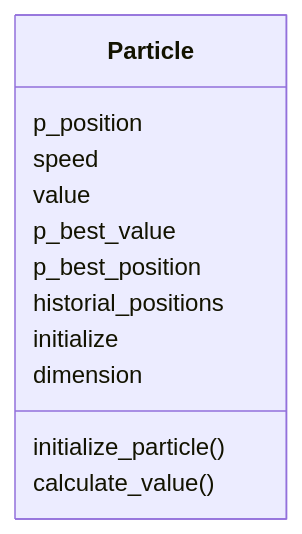
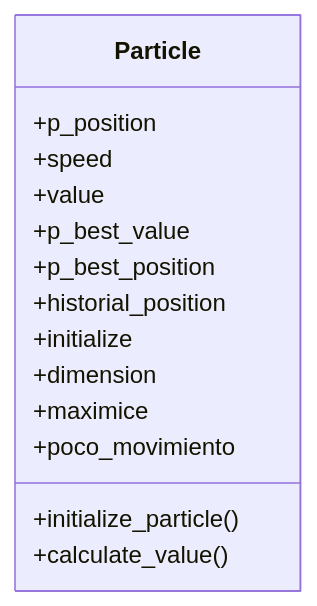
Before and after one commit to JavierGONL/PSO: the first of 4 diagrams in README.md, drawn with Mermaid. The commit also changed other lines of this file, not shown here.

````diff
--- a/README.md
+++ b/README.md
@@ -59,15 +59,17 @@
 ```mermaid
 classDiagram
     class Particle{
-        p_position
-        speed
-        value
-        p_best_value
-        p_best_position
-        historial_positions
-        initialize
-        dimension
-        initialize_particle()
-        calculate_value()
+        +p_position
+	    +speed
+	    +value
+	    +p_best_value
+	    +p_best_position
+	    +historial_position
+	    +initialize
+	    +dimension
+	    +maximice
+	    +poco_movimiento
+	    +initialize_particle()
+	    +calculate_value()
     }
 ```
````
